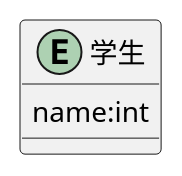
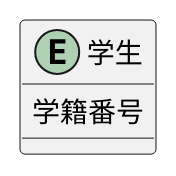
Before and after one commit to Aso2001133/2021sys-design: the diagram in DB/E-R図/詳細E-R図.md, drawn with PlantUML.

````diff
--- a/DB/E-R図/詳細E-R図.md
+++ b/DB/E-R図/詳細E-R図.md
@@ -1,7 +1,7 @@
 ```puml
 @startuml
 entity "学生" {
-  name:int
+  学籍番号
 }
 @enduml
 ```
````
